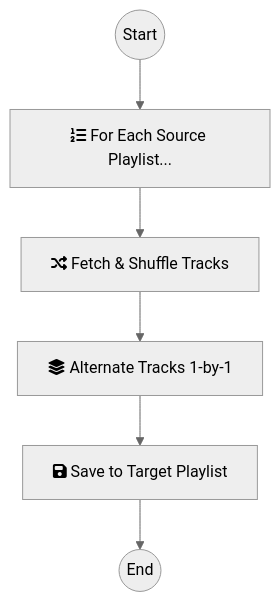
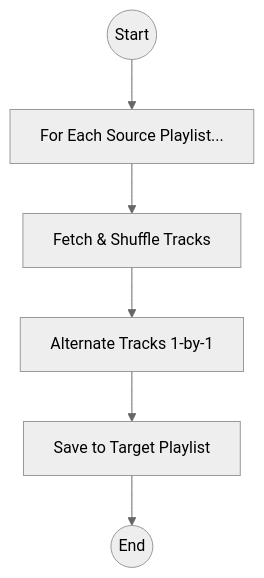
One commit to froggeric/gas-spotify-automation changed the third of 7 diagrams in README.md. Above: the diagram before and after it, drawn with Mermaid (neutral theme). The commit also changed other lines of this file, not shown here.

````diff
--- a/README.md
+++ b/README.md
@@ -91,8 +91,8 @@
 ```mermaid
 graph TD
-    A((Start)) --> B["fa:fa-list-ol For Each Source Playlist..."];
-    B --> C["fa:fa-random Fetch & Shuffle Tracks"];
-    C --> D["fa:fa-layer-group Alternate Tracks 1-by-1"];
-    D --> E["fa:fa-save Save to Target Playlist"];
+    A((Start)) --> B["For Each Source Playlist..."];
+    B --> C["Fetch & Shuffle Tracks"];
+    C --> D["Alternate Tracks 1-by-1"];
+    D --> E["Save to Target Playlist"];
     E --> F((End));
 ```
````
